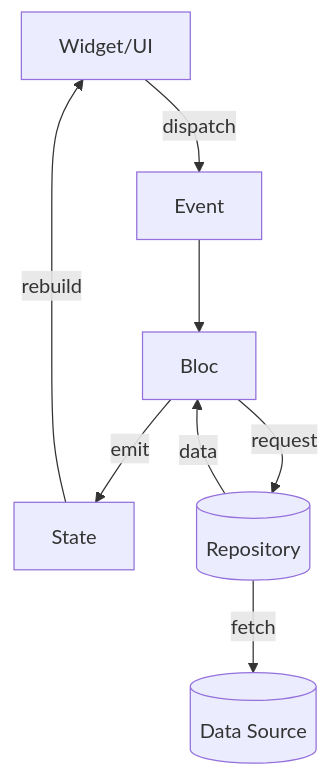
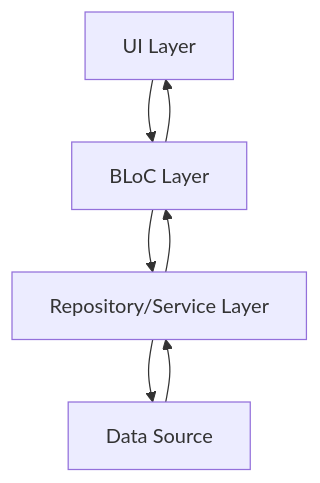
The first of 7 diagrams in README.md (mraj555/BlocLabs), drawn with Mermaid before and after one commit. The commit also changed other lines of this file, not shown here.

````diff
--- a/README.md
+++ b/README.md
@@ -472,13 +127,9 @@
 ```mermaid
-flowchart TD
-  UI[Widget/UI]
-  EV[Event]
-  B[Bloc]
-  ST[State]
-  R[(Repository)]
-  DS[(Data Source)]
-
-  UI -- dispatch --> EV --> B
-  B -- request --> R -- fetch --> DS
-  R -- data --> B -- emit --> ST -- rebuild --> UI
+graph TD
+    A[UI Layer] --> B[BLoC Layer]
+    B --> C[Repository/Service Layer]
+    C --> D[Data Source]
+    D --> C
+    C --> B
+    B --> A
 ```
````
